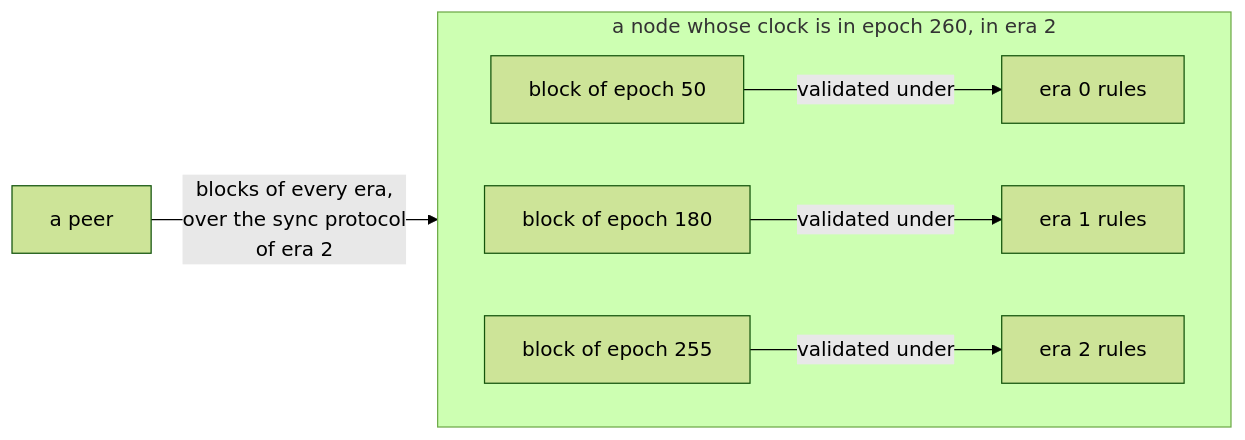
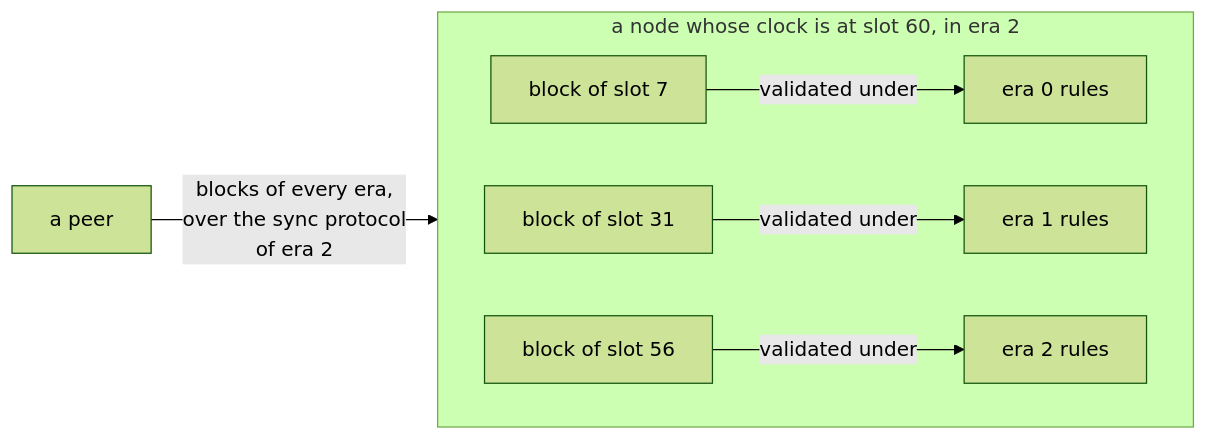
One commit to logos-co/logos-lips changed the second of 4 diagrams in docs/blockchain/raw/bedrock-eras.md. Above: the diagram before and after it, drawn with Mermaid (forest theme). The commit also changed other lines of this file, not shown here.

Commit message:
docs(blockchain): put the era timeline on a slot axis with an epoch lane

````diff
--- a/docs/blockchain/raw/bedrock-eras.md
+++ b/docs/blockchain/raw/bedrock-eras.md
@@ -66,10 +72,10 @@
 ```mermaid
 flowchart LR
     peer["a peer"] -- "blocks of every era,<br/>over the sync protocol<br/>of era 2" --> node
-    subgraph node["a node whose clock is in epoch 260, in era 2"]
+    subgraph node["a node whose clock is at slot 60, in era 2"]
         direction LR
-        b0["block of epoch 50"] -- "validated under" --> r0["era 0 rules"]
-        b1["block of epoch 180"] -- "validated under" --> r1["era 1 rules"]
-        b2["block of epoch 255"] -- "validated under" --> r2["era 2 rules"]
+        b0["block of slot 7"] -- "validated under" --> r0["era 0 rules"]
+        b1["block of slot 31"] -- "validated under" --> r1["era 1 rules"]
+        b2["block of slot 56"] -- "validated under" --> r2["era 2 rules"]
     end
 ```
````
